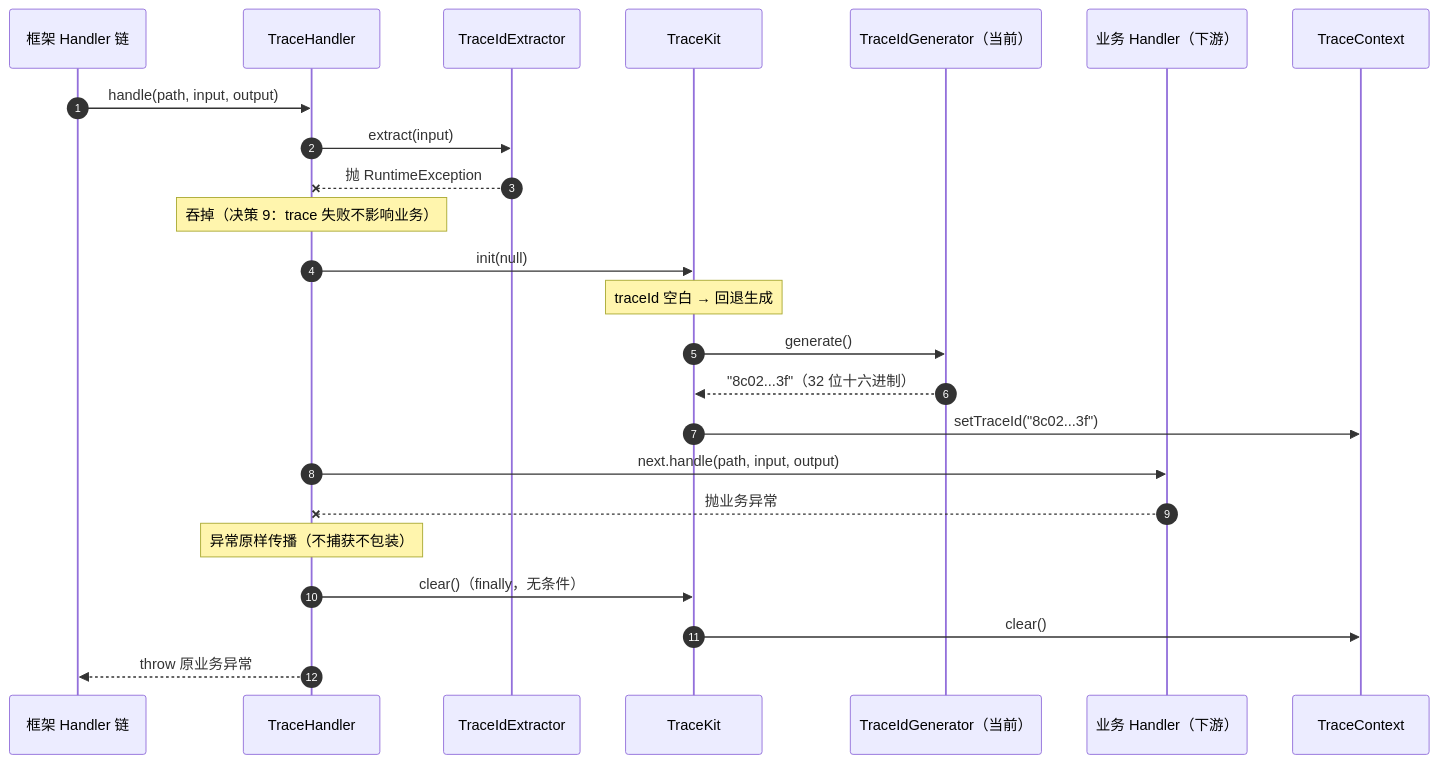
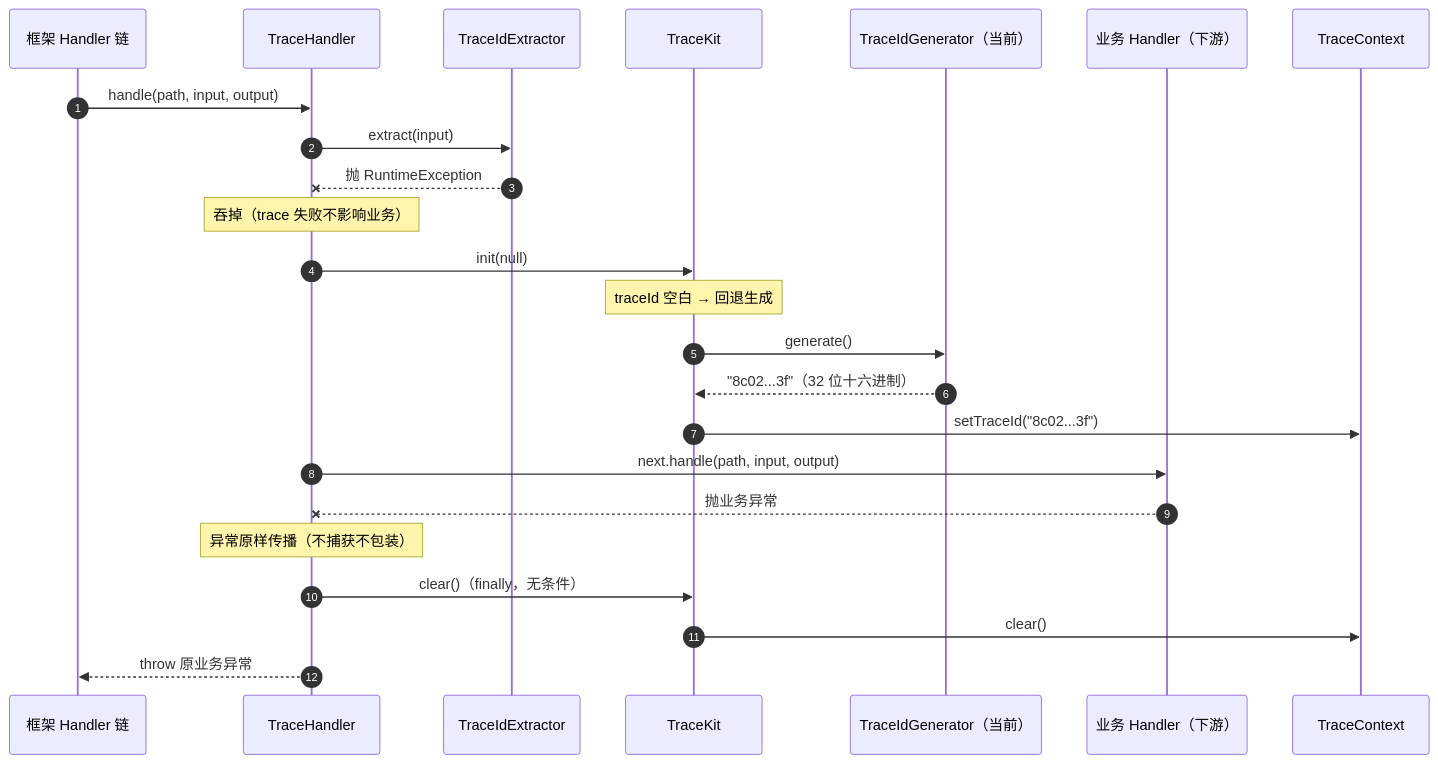
The third of 4 diagrams in aifei-trace/docs/design.md (gollyhu/aifei-eco-modules), drawn with Mermaid before and after one commit. The commit also changed other lines of this file and 99 other files, not shown here.

````diff
--- a/aifei-trace/docs/design.md
+++ b/aifei-trace/docs/design.md
@@ -605,27 +555,27 @@
 ```mermaid
 sequenceDiagram
     autonumber
     participant F as 框架 Handler 链
     participant TH as TraceHandler
     participant EX as TraceIdExtractor
     participant K as TraceKit
     participant G as TraceIdGenerator（当前）
     participant B as 业务 Handler（下游）
     participant C as TraceContext
 
     F->>TH: handle(path, input, output)
     TH->>EX: extract(input)
     EX--xTH: 抛 RuntimeException
-    Note over TH: 吞掉（决策 9：trace 失败不影响业务）
+    Note over TH: 吞掉（trace 失败不影响业务）
     TH->>K: init(null)
     Note over K: traceId 空白 → 回退生成
     K->>G: generate()
     G-->>K: "8c02...3f"（32 位十六进制）
     K->>C: setTraceId("8c02...3f")
     TH->>B: next.handle(path, input, output)
     B--xTH: 抛业务异常
     Note over TH: 异常原样传播（不捕获不包装）
     TH->>K: clear()（finally，无条件）
     K->>C: clear()
     TH-->>F: throw 原业务异常
 ```
````
